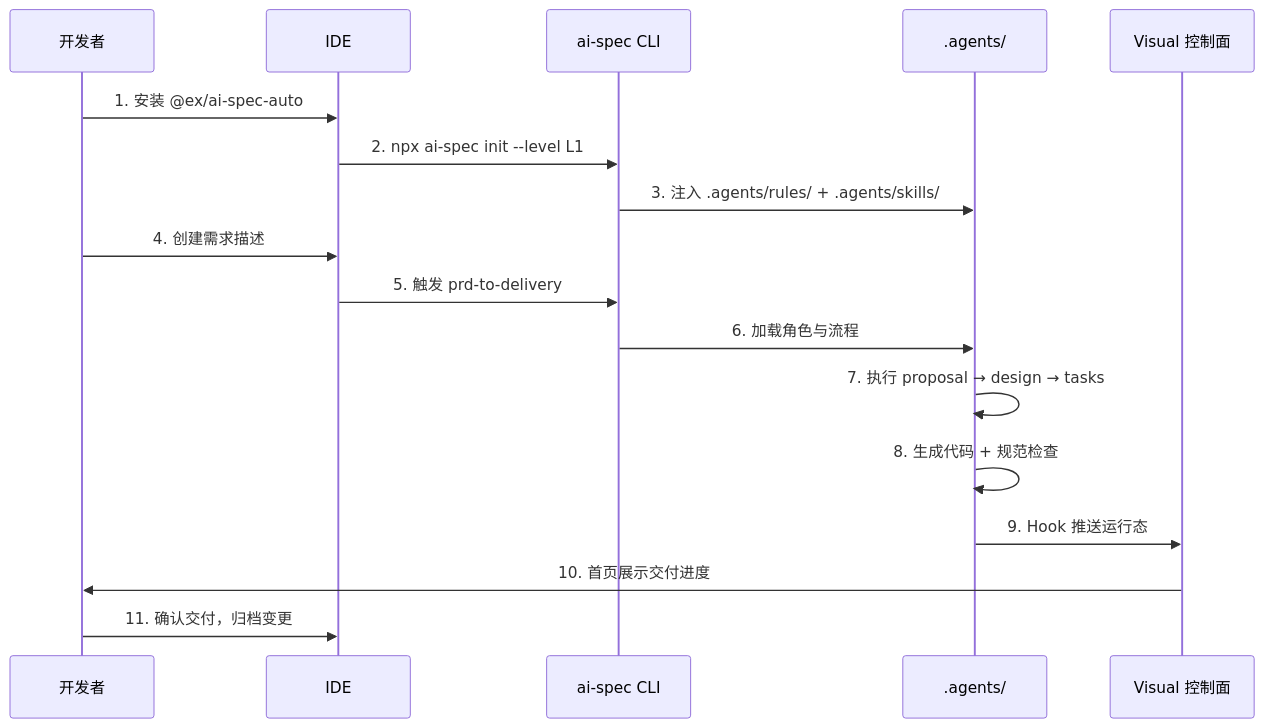
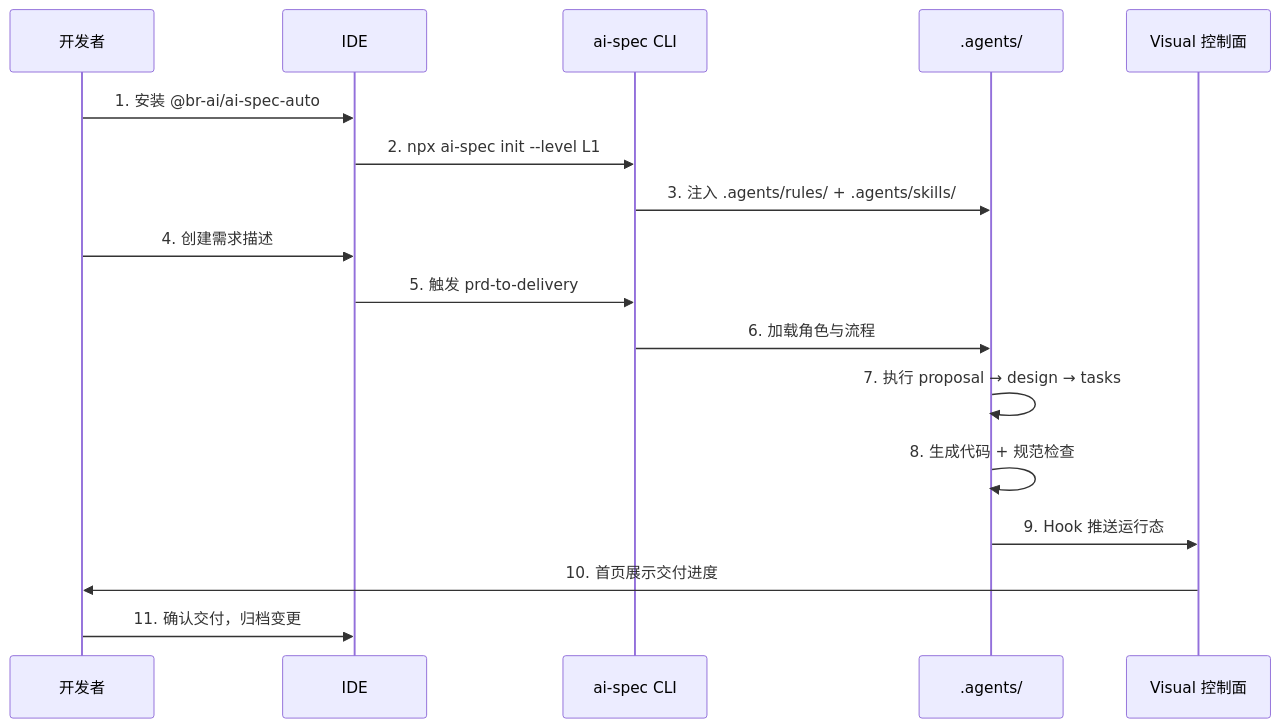
One commit to Colouful/br-ai-spec changed the second of 5 diagrams in docs/four/files/PRD_产品需求文档.md. Above: the diagram before and after it, drawn with Mermaid. The commit also changed other lines of this file and 38 other files, not shown here.

````diff
--- a/docs/four/files/PRD_产品需求文档.md
+++ b/docs/four/files/PRD_产品需求文档.md
@@ -163,20 +163,20 @@
 ```mermaid
 sequenceDiagram
     participant Dev as 开发者
     participant IDE as IDE
     participant CLI as ai-spec CLI
     participant Agents as .agents/
     participant Visual as Visual 控制面
 
-    Dev->>IDE: 1. 安装 @ex/ai-spec-auto
+    Dev->>IDE: 1. 安装 @br-ai/ai-spec-auto
     IDE->>CLI: 2. npx ai-spec init --level L1
     CLI->>Agents: 3. 注入 .agents/rules/ + .agents/skills/
     Dev->>IDE: 4. 创建需求描述
     IDE->>CLI: 5. 触发 prd-to-delivery
     CLI->>Agents: 6. 加载角色与流程
     Agents->>Agents: 7. 执行 proposal → design → tasks
     Agents->>Agents: 8. 生成代码 + 规范检查
     Agents->>Visual: 9. Hook 推送运行态
     Visual->>Dev: 10. 首页展示交付进度
     Dev->>IDE: 11. 确认交付，归档变更
 ```
````
